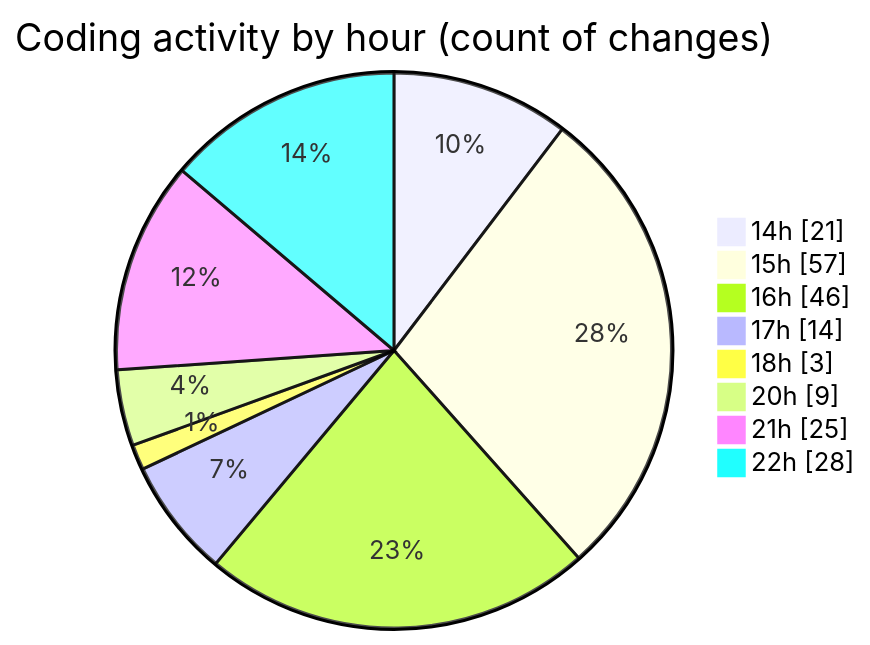
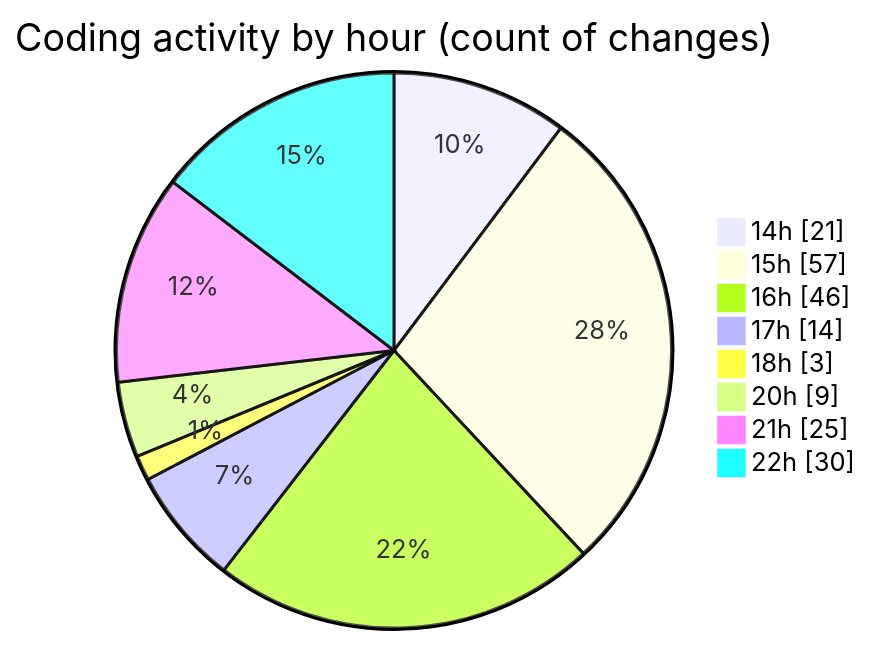
One commit to Ritupan-Deka/code-tracking changed the second of 2 diagrams in 2025-05-24/projects/README.md. Above: the diagram before and after it, drawn with Mermaid. The commit also changed other lines of this file and 1 other file, not shown here.

````diff
--- a/2025-05-24/projects/README.md
+++ b/2025-05-24/projects/README.md
@@ -35,12 +35,12 @@
 ```mermaid
 pie showData
 title Coding activity by hour (count of changes)
 "14h" : 21
 "15h" : 57
 "16h" : 46
 "17h" : 14
 "18h" : 3
 "20h" : 9
 "21h" : 25
-"22h" : 28
+"22h" : 30
 ```
````
